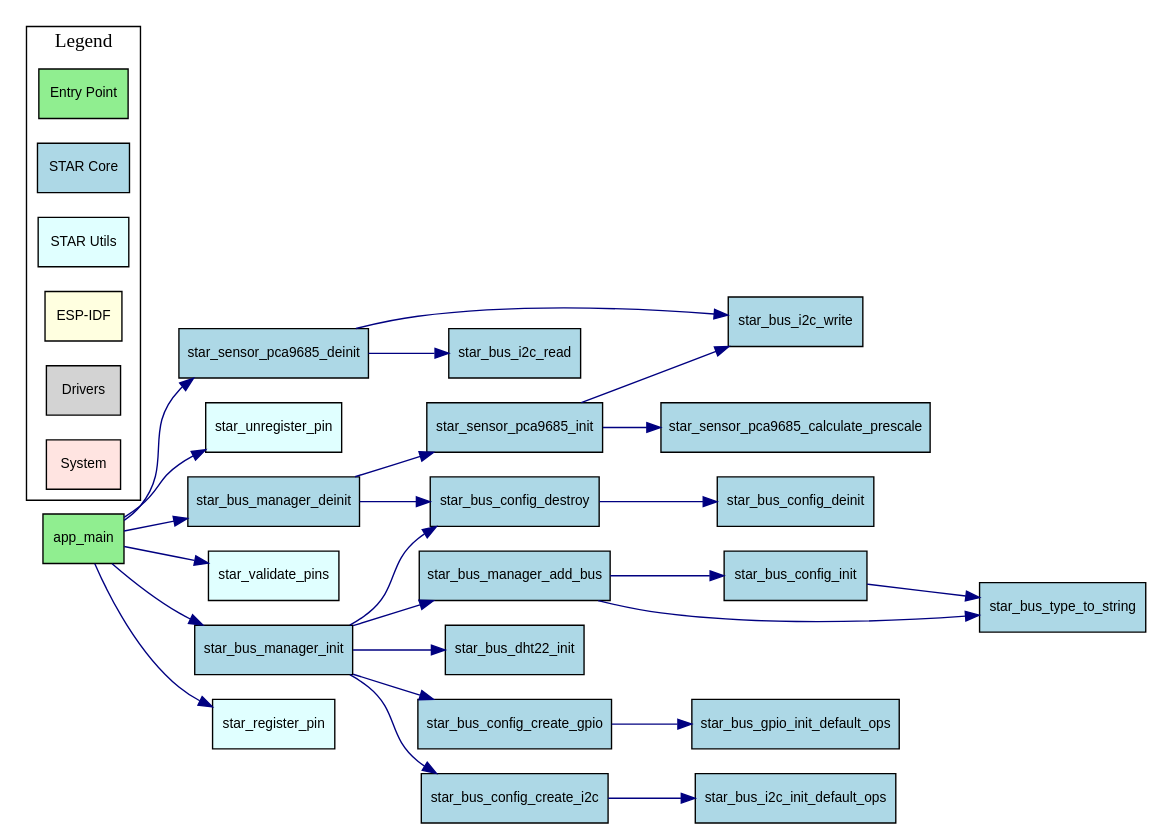
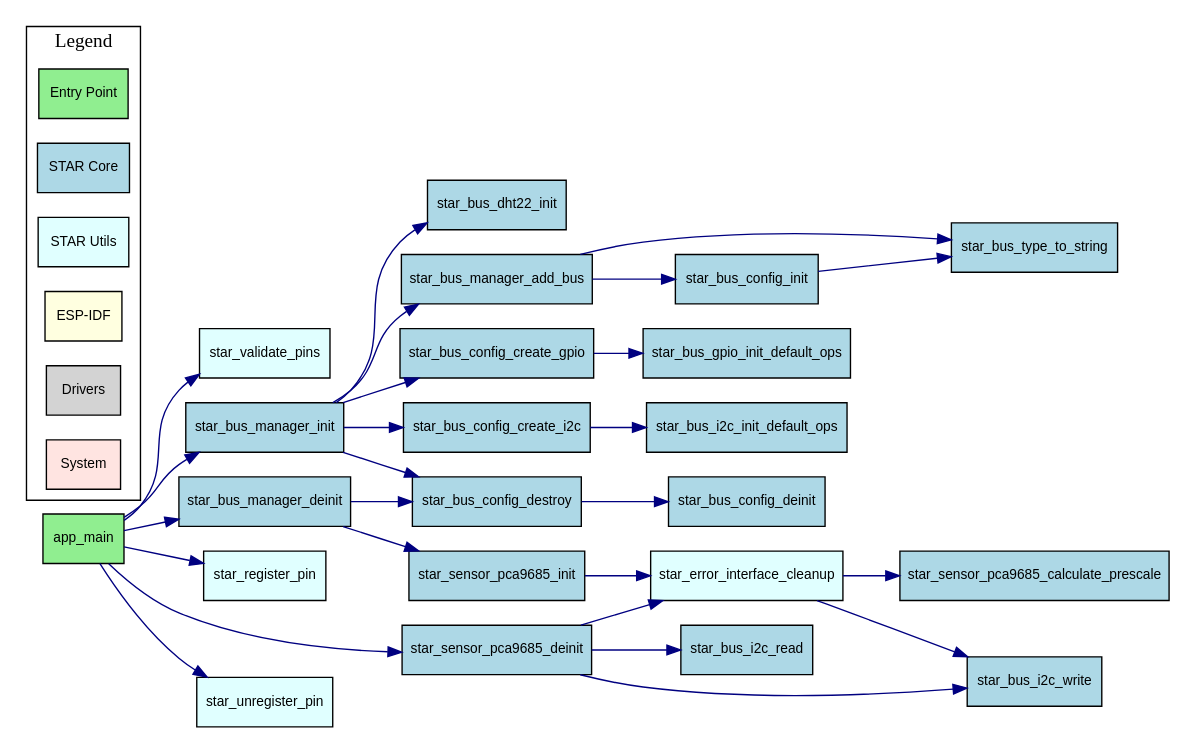
Before and after one commit to Locked-Inc/STAR: the diagram in ESP32-Firmware/docs/callgraph/visual_levels/callgraph_application.dot, drawn with Graphviz. The commit also changed 2206 other files, not shown here.

```diff
--- a/ESP32-Firmware/docs/callgraph/visual_levels/callgraph_application.dot
+++ b/ESP32-Firmware/docs/callgraph/visual_levels/callgraph_application.dot
@@ -1,63 +1,66 @@
 digraph "Application Layer View" {
     rankdir=LR;
     node [shape=box style=filled fontname="Arial" fontsize=10];
     edge [color=navy fontsize=8];
     
+    "star_bus_dht22_init" [fillcolor=lightblue];
+    "star_bus_manager_add_bus" [fillcolor=lightblue];
+    "star_validate_pins" [fillcolor=lightcyan];
+    "star_bus_i2c_init_default_ops" [fillcolor=lightblue];
+    "star_bus_manager_init" [fillcolor=lightblue];
+    "star_bus_config_create_gpio" [fillcolor=lightblue];
+    "star_error_interface_cleanup" [fillcolor=lightcyan];
+    "star_bus_manager_deinit" [fillcolor=lightblue];
+    "star_bus_config_create_i2c" [fillcolor=lightblue];
+    "star_bus_type_to_string" [fillcolor=lightblue];
+    "star_sensor_pca9685_init" [fillcolor=lightblue];
     "star_bus_gpio_init_default_ops" [fillcolor=lightblue];
-    "star_bus_manager_add_bus" [fillcolor=lightblue];
+    "star_register_pin" [fillcolor=lightcyan];
+    "star_bus_config_destroy" [fillcolor=lightblue];
+    "star_bus_config_deinit" [fillcolor=lightblue];
+    "star_sensor_pca9685_calculate_prescale" [fillcolor=lightblue];
+    "star_bus_i2c_read" [fillcolor=lightblue];
     "star_bus_config_init" [fillcolor=lightblue];
-    "star_bus_dht22_init" [fillcolor=lightblue];
-    "star_bus_config_create_gpio" [fillcolor=lightblue];
-    "star_bus_type_to_string" [fillcolor=lightblue];
-    "star_bus_config_destroy" [fillcolor=lightblue];
-    "star_sensor_pca9685_calculate_prescale" [fillcolor=lightblue];
-    "star_sensor_pca9685_init" [fillcolor=lightblue];
     "star_sensor_pca9685_deinit" [fillcolor=lightblue];
+    "star_bus_i2c_write" [fillcolor=lightblue];
+    "app_main" [fillcolor=lightgreen fontweight=bold];
     "star_unregister_pin" [fillcolor=lightcyan];
-    "app_main" [fillcolor=lightgreen fontweight=bold];
-    "star_bus_manager_deinit" [fillcolor=lightblue];
-    "star_validate_pins" [fillcolor=lightcyan];
-    "star_bus_i2c_write" [fillcolor=lightblue];
-    "star_bus_config_create_i2c" [fillcolor=lightblue];
-    "star_bus_i2c_read" [fillcolor=lightblue];
-    "star_bus_config_deinit" [fillcolor=lightblue];
-    "star_bus_manager_init" [fillcolor=lightblue];
-    "star_bus_i2c_init_default_ops" [fillcolor=lightblue];
-    "star_register_pin" [fillcolor=lightcyan];
     "app_main" -> "star_bus_manager_deinit";
     "app_main" -> "star_bus_manager_init";
     "app_main" -> "star_register_pin";
     "app_main" -> "star_sensor_pca9685_deinit";
     "app_main" -> "star_unregister_pin";
     "app_main" -> "star_validate_pins";
     "star_bus_config_create_gpio" -> "star_bus_gpio_init_default_ops";
     "star_bus_config_create_i2c" -> "star_bus_i2c_init_default_ops";
     "star_bus_config_destroy" -> "star_bus_config_deinit";
     "star_bus_config_init" -> "star_bus_type_to_string";
     "star_bus_manager_add_bus" -> "star_bus_config_init";
     "star_bus_manager_add_bus" -> "star_bus_type_to_string";
     "star_bus_manager_deinit" -> "star_bus_config_destroy";
     "star_bus_manager_deinit" -> "star_sensor_pca9685_init";
     "star_bus_manager_init" -> "star_bus_config_create_gpio";
     "star_bus_manager_init" -> "star_bus_config_create_i2c";
     "star_bus_manager_init" -> "star_bus_config_destroy";
     "star_bus_manager_init" -> "star_bus_dht22_init";
     "star_bus_manager_init" -> "star_bus_manager_add_bus";
+    "star_error_interface_cleanup" -> "star_bus_i2c_write";
+    "star_error_interface_cleanup" -> "star_sensor_pca9685_calculate_prescale";
     "star_sensor_pca9685_deinit" -> "star_bus_i2c_read";
     "star_sensor_pca9685_deinit" -> "star_bus_i2c_write";
-    "star_sensor_pca9685_init" -> "star_bus_i2c_write";
-    "star_sensor_pca9685_init" -> "star_sensor_pca9685_calculate_prescale";
+    "star_sensor_pca9685_deinit" -> "star_error_interface_cleanup";
+    "star_sensor_pca9685_init" -> "star_error_interface_cleanup";
 
     // Legend
     subgraph cluster_legend {
         label="Legend";
         style=filled;
         fillcolor=white;
         "Entry Point" [fillcolor=lightgreen];
         "STAR Core" [fillcolor=lightblue];
         "STAR Utils" [fillcolor=lightcyan];
         "ESP-IDF" [fillcolor=lightyellow];
         "Drivers" [fillcolor=lightgray];
         "System" [fillcolor=mistyrose];
     }
 }
```
